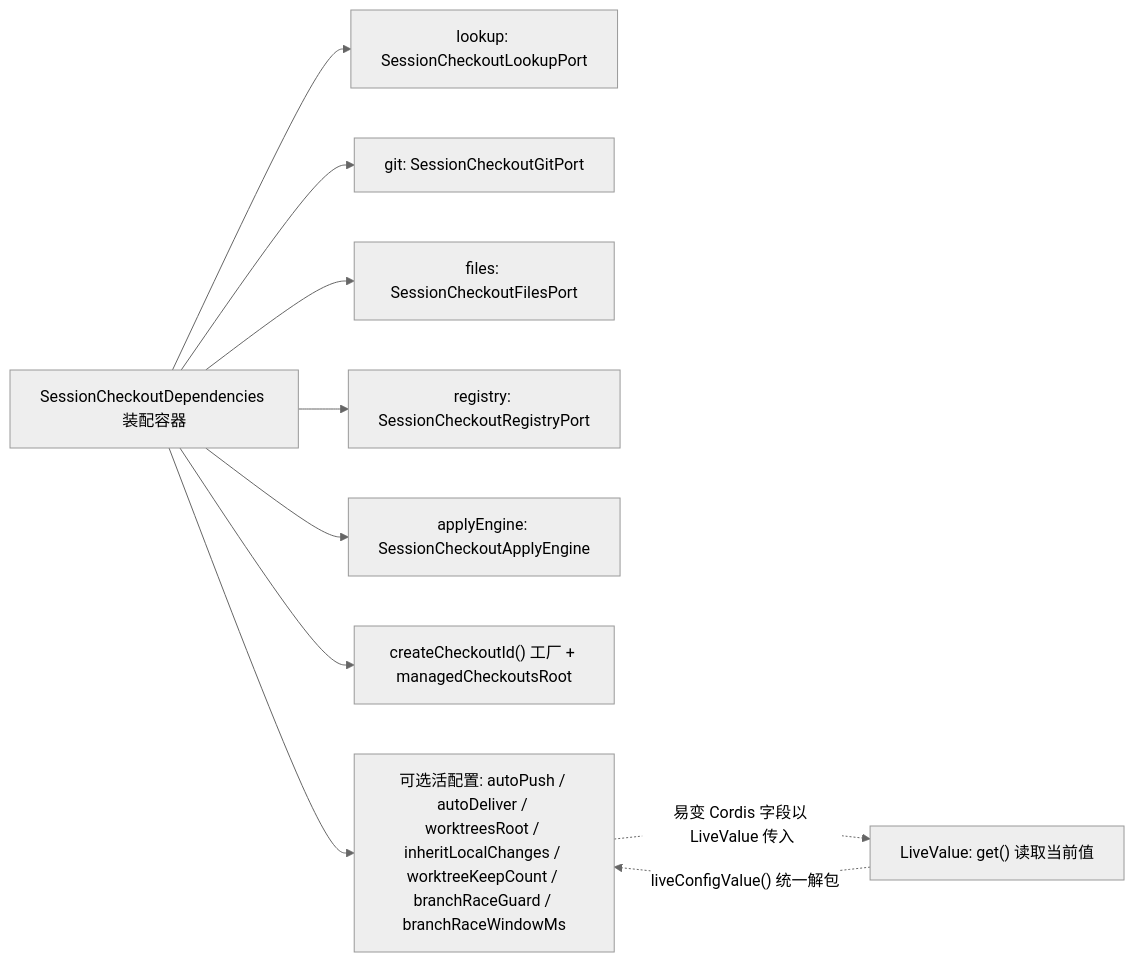
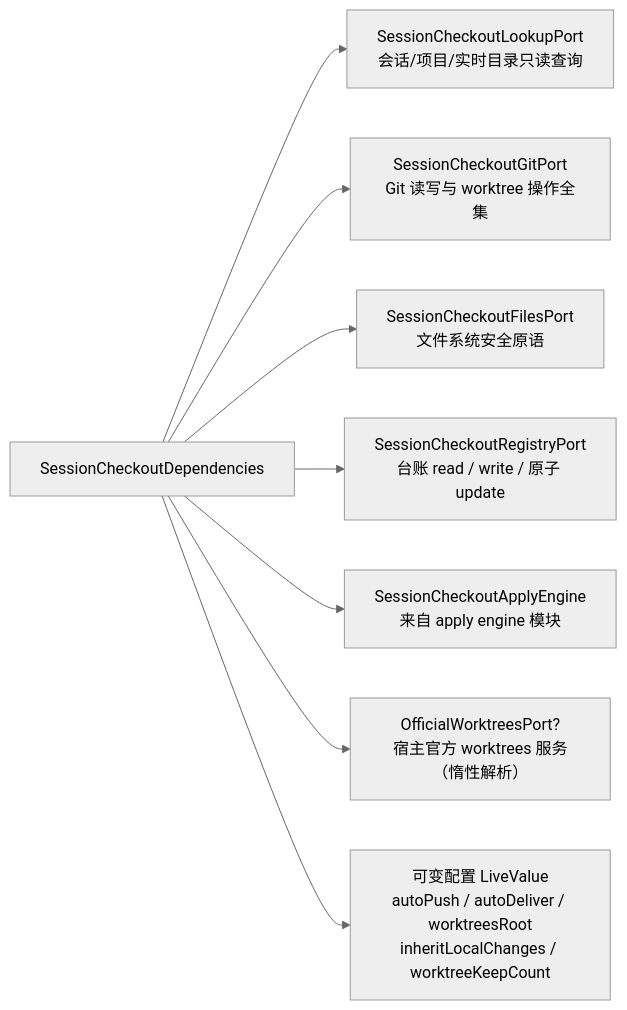
Before and after one commit to ikliml666/dsh-git-workspace: the second of 4 diagrams in .codewiki/_native-state/docs/core_worktree_domain_and_infrastructure/session_checkout_domain/session_checkout_domain_contracts.md, drawn with Mermaid (neutral theme). The commit also changed other lines of this file and 71 other files, not shown here.

````diff
--- a/.codewiki/_native-state/docs/core_worktree_domain_and_infrastructure/session_checkout_domain/session_checkout_domain_contracts.md
+++ b/.codewiki/_native-state/docs/core_worktree_domain_and_infrastructure/session_checkout_domain/session_checkout_domain_contracts.md
@@ -64,13 +56,18 @@
 ```mermaid
 flowchart LR
-  D["SessionCheckoutDependencies 装配容器"]
-  D --> L["lookup: SessionCheckoutLookupPort"]
-  D --> G["git: SessionCheckoutGitPort"]
-  D --> F["files: SessionCheckoutFilesPort"]
-  D --> R["registry: SessionCheckoutRegistryPort"]
-  D --> E["applyEngine: SessionCheckoutApplyEngine"]
-  D --> V["createCheckoutId() 工厂 + managedCheckoutsRoot"]
-  D --> O["可选活配置: autoPush / autoDeliver / worktreesRoot / inheritLocalChanges / worktreeKeepCount / branchRaceGuard / branchRaceWindowMs"]
-  O -. "易变 Cordis 字段以 LiveValue 传入" .-> LV["LiveValue<T>: get() 读取当前值"]
-  LV -. "liveConfigValue() 统一解包" .-> O
+  DEPS["SessionCheckoutDependencies"]
+  lookup["SessionCheckoutLookupPort<br/>会话/项目/实时目录只读查询"]
+  git["SessionCheckoutGitPort<br/>Git 读写与 worktree 操作全集"]
+  files["SessionCheckoutFilesPort<br/>文件系统安全原语"]
+  registry["SessionCheckoutRegistryPort<br/>台账 read / write / 原子 update"]
+  engine["SessionCheckoutApplyEngine<br/>来自 apply engine 模块"]
+  official["OfficialWorktreesPort?<br/>宿主官方 worktrees 服务（惰性解析）"]
+  cfg["可变配置 LiveValue<br/>autoPush / autoDeliver / worktreesRoot<br/>inheritLocalChanges / worktreeKeepCount"]
+  DEPS --> lookup
+  DEPS --> git
+  DEPS --> files
+  DEPS --> registry
+  DEPS --> engine
+  DEPS --> official
+  DEPS --> cfg
 ```
````
